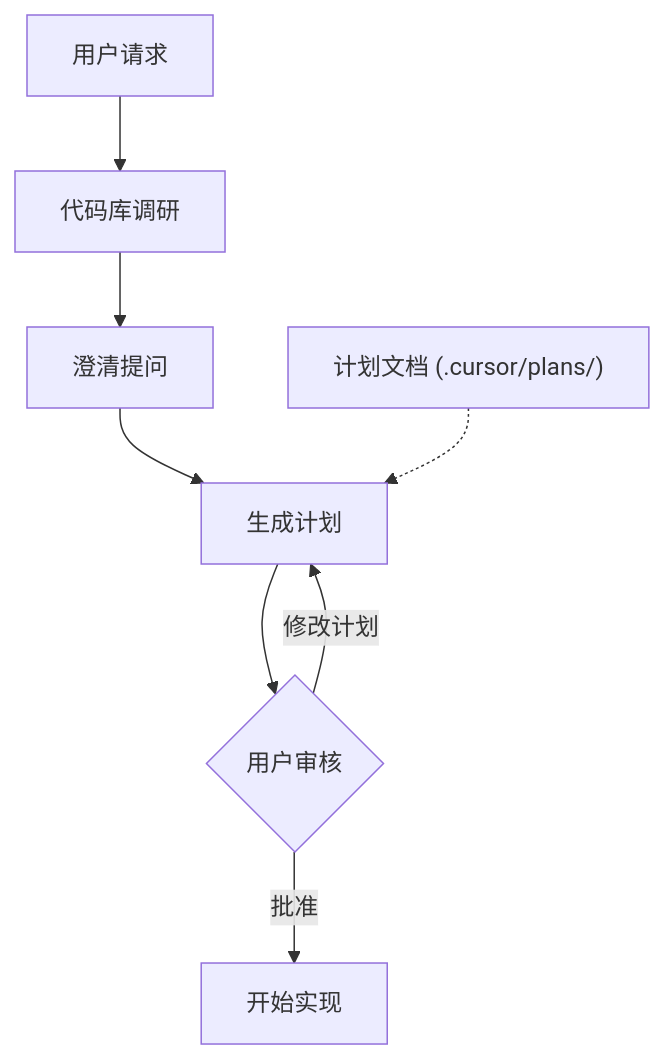
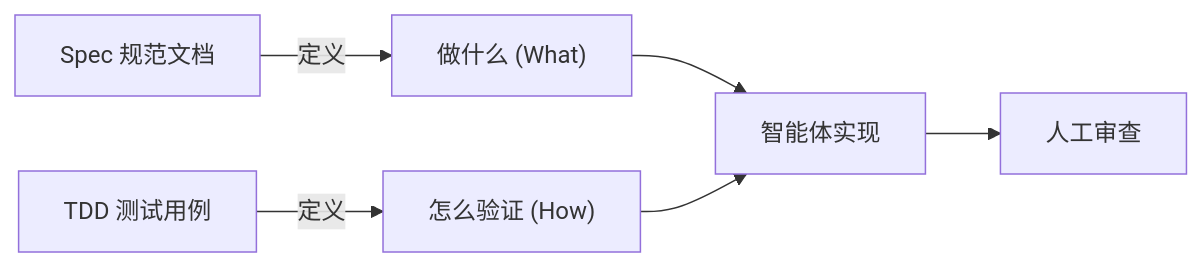
The fourth of 6 diagrams in 10_agentic_coding/10.4_workflow.md (yeasy/agentic_ai_guide), drawn with Mermaid before and after one commit. The commit also changed other lines of this file and 5 other files, not shown here.

````diff
--- a/10_agentic_coding/10.4_workflow.md
+++ b/10_agentic_coding/10.4_workflow.md
@@ -161,11 +311,8 @@
 ```mermaid
-graph TD
-    User[用户请求] --> Survey[代码库调研]
-    Survey --> Qs[澄清提问]
-    Qs --> Plan[生成计划]
-    Plan --> Check{用户审核}
-    Check -->|修改计划| Plan
-    Check -->|批准| Impl[开始实现]
-    
-    Doc["计划文档 (.cursor/plans/)"] -.-> Plan
+graph LR
+    Spec[Spec 规范文档] -->|定义| What["做什么 (What)"]
+    TDD[TDD 测试用例] -->|定义| How["怎么验证 (How)"]
+    What --> Impl[智能体实现]
+    How --> Impl
+    Impl --> Review[人工审查]
 ```
````
